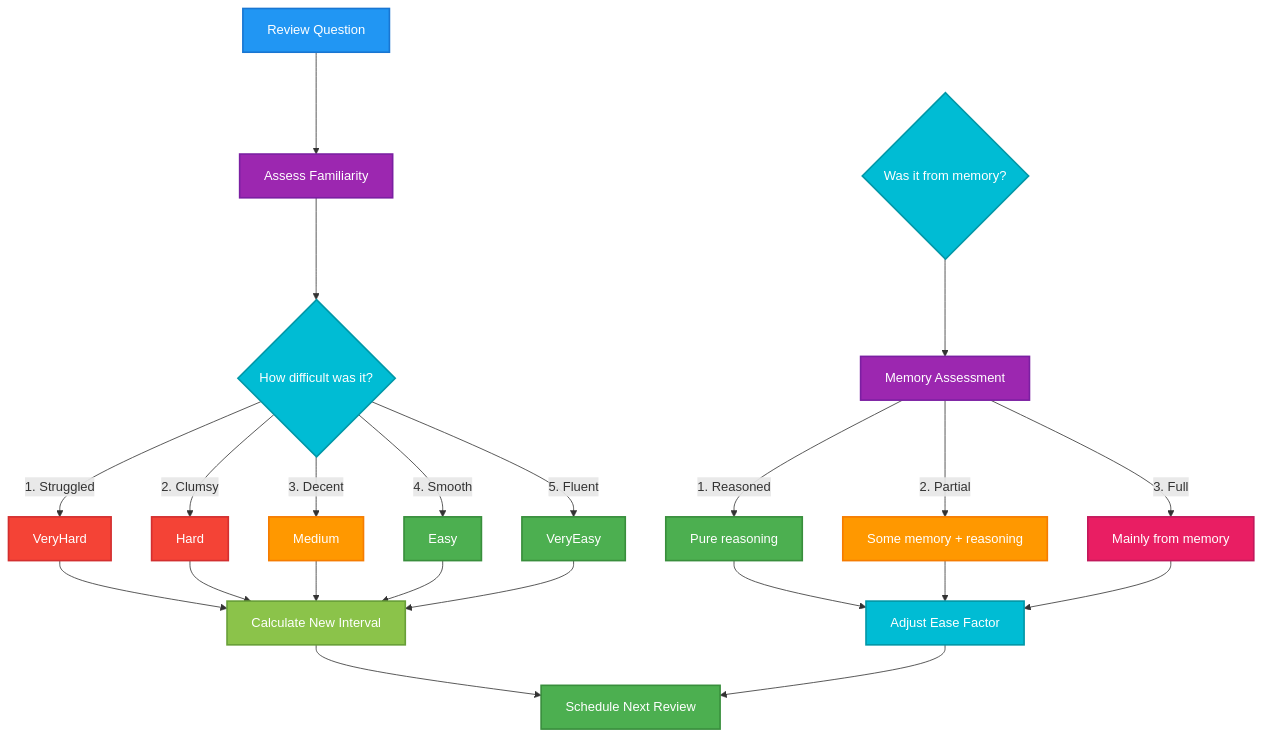
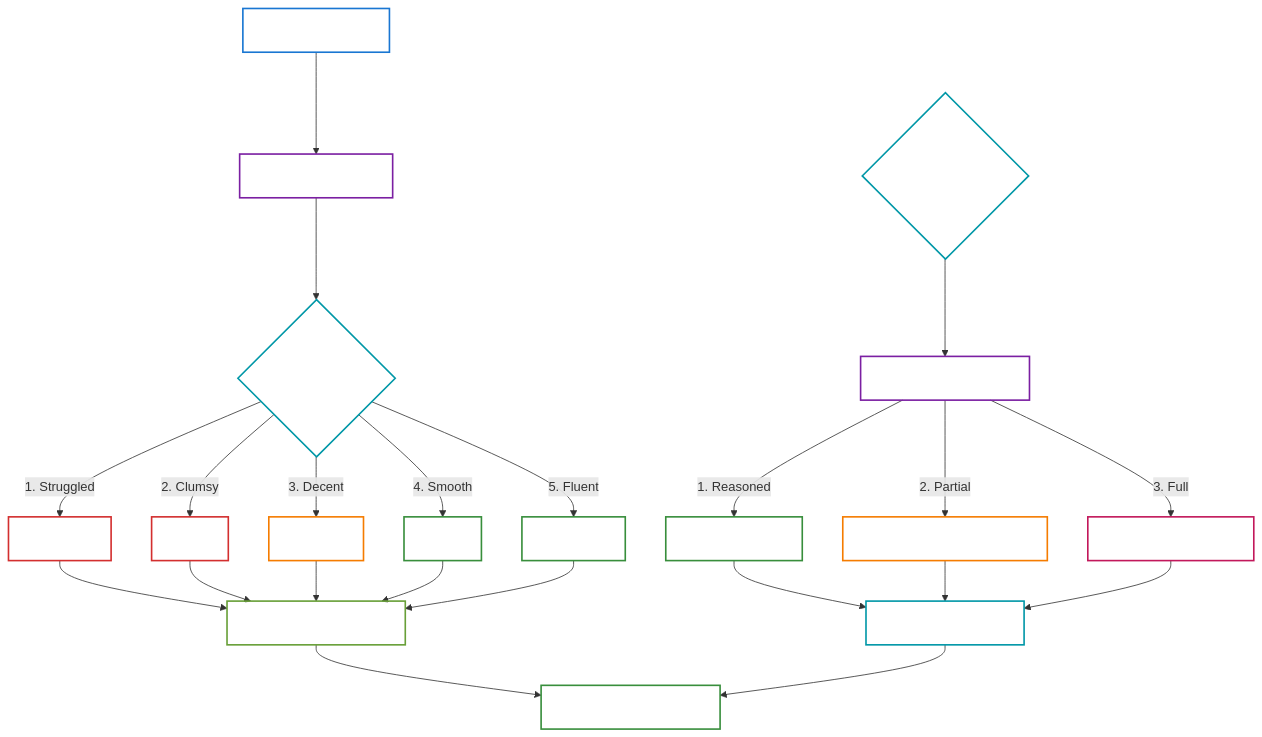
Before and after one commit to eannchen/leetsolv: the fifth of 8 diagrams in README.md, drawn with Mermaid. The commit also changed other lines of this file, not shown here.

Commit message:
docs: update README.md to adjust flowchart styles by adding fill-opacity for improved visual clarity and consistency across all sections

````diff
--- a/README.md
+++ b/README.md
@@ -561,47 +561,47 @@
 ```mermaid
 flowchart TD
     A[Review Question] --> B[Assess Familiarity]
     B --> C{How difficult was it?}
 
     C -->|1. Struggled| D[VeryHard]
     C -->|2. Clumsy| E[Hard]
     C -->|3. Decent| F[Medium]
     C -->|4. Smooth| G[Easy]
     C -->|5. Fluent| H[VeryEasy]
 
     I{Was it from memory?} --> J[Memory Assessment]
 
     J -->|1. Reasoned| K[Pure reasoning]
     J -->|2. Partial| L[Some memory + reasoning]
     J -->|3. Full| M[Mainly from memory]
 
     D --> N[Calculate New Interval]
     E --> N
     F --> N
     G --> N
     H --> N
 
     K --> O[Adjust Ease Factor]
     L --> O
     M --> O
 
     N --> P[Schedule Next Review]
     O --> P
 
-    style A fill:#2196F3,stroke:#1976D2,stroke-width:2px,color:#ffffff
-    style B fill:#9C27B0,stroke:#7B1FA2,stroke-width:2px,color:#ffffff
-    style C fill:#00BCD4,stroke:#0097A7,stroke-width:2px,color:#ffffff
-    style D fill:#F44336,stroke:#D32F2F,stroke-width:2px,color:#ffffff
-    style E fill:#F44336,stroke:#D32F2F,stroke-width:2px,color:#ffffff
-    style F fill:#FF9800,stroke:#F57C00,stroke-width:2px,color:#ffffff
-    style G fill:#4CAF50,stroke:#388E3C,stroke-width:2px,color:#ffffff
-    style H fill:#4CAF50,stroke:#388E3C,stroke-width:2px,color:#ffffff
-    style I fill:#00BCD4,stroke:#0097A7,stroke-width:2px,color:#ffffff
-    style J fill:#9C27B0,stroke:#7B1FA2,stroke-width:2px,color:#ffffff
-    style K fill:#4CAF50,stroke:#388E3C,stroke-width:2px,color:#ffffff
-    style L fill:#FF9800,stroke:#F57C00,stroke-width:2px,color:#ffffff
-    style M fill:#E91E63,stroke:#C2185B,stroke-width:2px,color:#ffffff
-    style N fill:#8BC34A,stroke:#689F38,stroke-width:2px,color:#ffffff
-    style O fill:#00BCD4,stroke:#0097A7,stroke-width:2px,color:#ffffff
-    style P fill:#4CAF50,stroke:#388E3C,stroke-width:2px,color:#ffffff
+    style A fill:#2196F3,fill-opacity:0,stroke:#1976D2,stroke-width:2px,color:#ffffff
+    style B fill:#9C27B0,fill-opacity:0,stroke:#7B1FA2,stroke-width:2px,color:#ffffff
+    style C fill:#00BCD4,fill-opacity:0,stroke:#0097A7,stroke-width:2px,color:#ffffff
+    style D fill:#F44336,fill-opacity:0,stroke:#D32F2F,stroke-width:2px,color:#ffffff
+    style E fill:#F44336,fill-opacity:0,stroke:#D32F2F,stroke-width:2px,color:#ffffff
+    style F fill:#FF9800,fill-opacity:0,stroke:#F57C00,stroke-width:2px,color:#ffffff
+    style G fill:#4CAF50,fill-opacity:0,stroke:#388E3C,stroke-width:2px,color:#ffffff
+    style H fill:#4CAF50,fill-opacity:0,stroke:#388E3C,stroke-width:2px,color:#ffffff
+    style I fill:#00BCD4,fill-opacity:0,stroke:#0097A7,stroke-width:2px,color:#ffffff
+    style J fill:#9C27B0,fill-opacity:0,stroke:#7B1FA2,stroke-width:2px,color:#ffffff
+    style K fill:#4CAF50,fill-opacity:0,stroke:#388E3C,stroke-width:2px,color:#ffffff
+    style L fill:#FF9800,fill-opacity:0,stroke:#F57C00,stroke-width:2px,color:#ffffff
+    style M fill:#E91E63,fill-opacity:0,stroke:#C2185B,stroke-width:2px,color:#ffffff
+    style N fill:#8BC34A,fill-opacity:0,stroke:#689F38,stroke-width:2px,color:#ffffff
+    style O fill:#00BCD4,fill-opacity:0,stroke:#0097A7,stroke-width:2px,color:#ffffff
+    style P fill:#4CAF50,fill-opacity:0,stroke:#388E3C,stroke-width:2px,color:#ffffff
 ```
````
